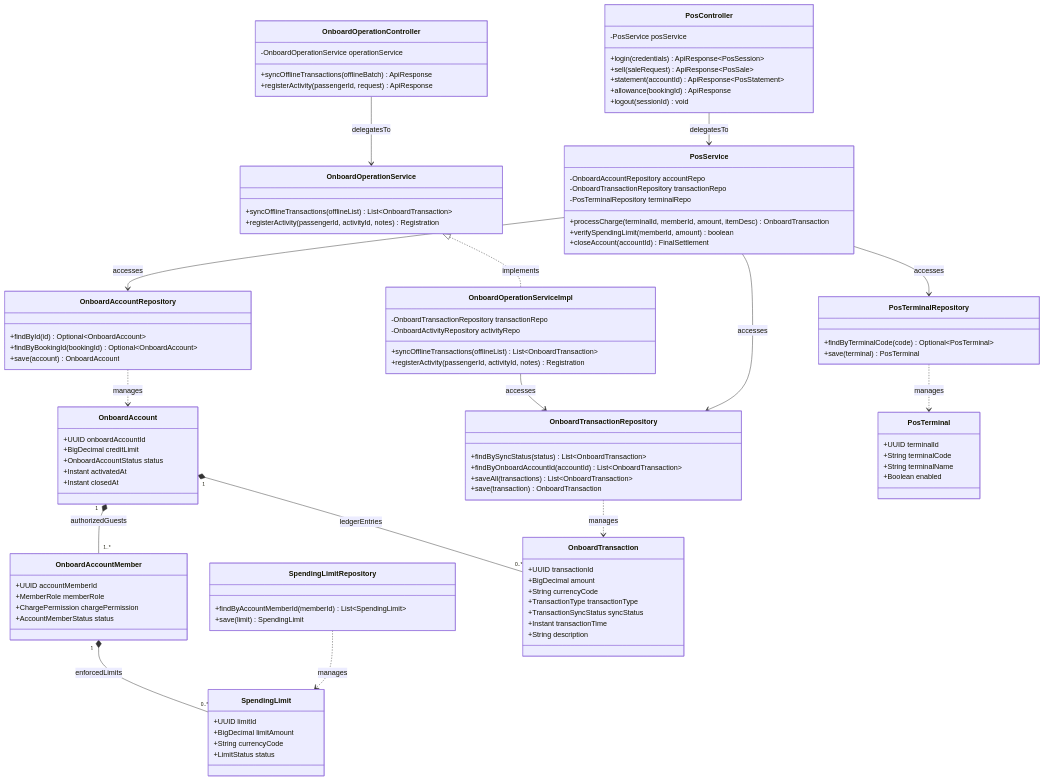
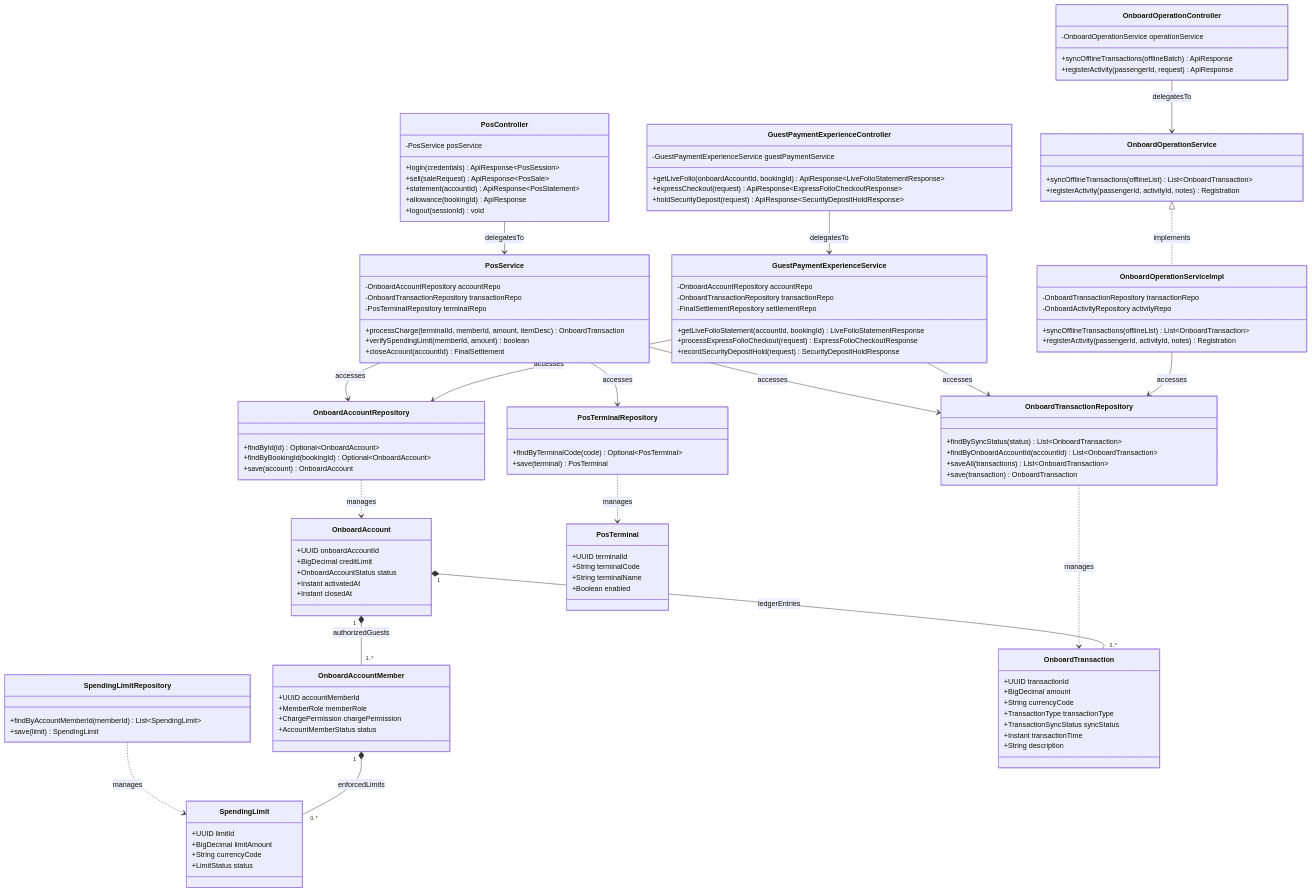
The diagram in docs/class-diagrams/08-cashless-folio-pos.md (ShiroSs00/CASMS_Backend), drawn with Mermaid before and after one commit. The commit also changed 25 other files, not shown here.

Commit message:
feat(payment): implement guest payment experience (credit card, promo code, group split, corporate VAT, live folio, express checkout)

```diff
--- a/docs/class-diagrams/08-cashless-folio-pos.md
+++ b/docs/class-diagrams/08-cashless-folio-pos.md
@@ -24,6 +24,13 @@
         +registerActivity(passengerId, request) ApiResponse
     }
 
+    class GuestPaymentExperienceController {
+        -GuestPaymentExperienceService guestPaymentService
+        +getLiveFolio(onboardAccountId, bookingId) ApiResponse~LiveFolioStatementResponse~
+        +expressCheckout(request) ApiResponse~ExpressFolioCheckoutResponse~
+        +holdSecurityDeposit(request) ApiResponse~SecurityDepositHoldResponse~
+    }
+
     %% 2. Service Layer
     class PosService {
         -OnboardAccountRepository accountRepo
@@ -32,6 +39,15 @@
         +processCharge(terminalId, memberId, amount, itemDesc) OnboardTransaction
         +verifySpendingLimit(memberId, amount) boolean
         +closeAccount(accountId) FinalSettlement
+    }
+
+    class GuestPaymentExperienceService {
+        -OnboardAccountRepository accountRepo
+        -OnboardTransactionRepository transactionRepo
+        -FinalSettlementRepository settlementRepo
+        +getLiveFolioStatement(accountId, bookingId) LiveFolioStatementResponse
+        +processExpressFolioCheckout(request) ExpressFolioCheckoutResponse
+        +recordSecurityDepositHold(request) SecurityDepositHoldResponse
     }
 
     class OnboardOperationService {
@@ -113,11 +129,14 @@
     %% Inter-Layer and Domain Relationships
     PosController --> PosService : delegatesTo
     OnboardOperationController --> OnboardOperationService : delegatesTo
+    GuestPaymentExperienceController --> GuestPaymentExperienceService : delegatesTo
     OnboardOperationService <|.. OnboardOperationServiceImpl : implements
 
     PosService --> OnboardAccountRepository : accesses
     PosService --> OnboardTransactionRepository : accesses
     PosService --> PosTerminalRepository : accesses
+    GuestPaymentExperienceService --> OnboardAccountRepository : accesses
+    GuestPaymentExperienceService --> OnboardTransactionRepository : accesses
     OnboardOperationServiceImpl --> OnboardTransactionRepository : accesses
 
     OnboardAccountRepository ..> OnboardAccount : manages
```
